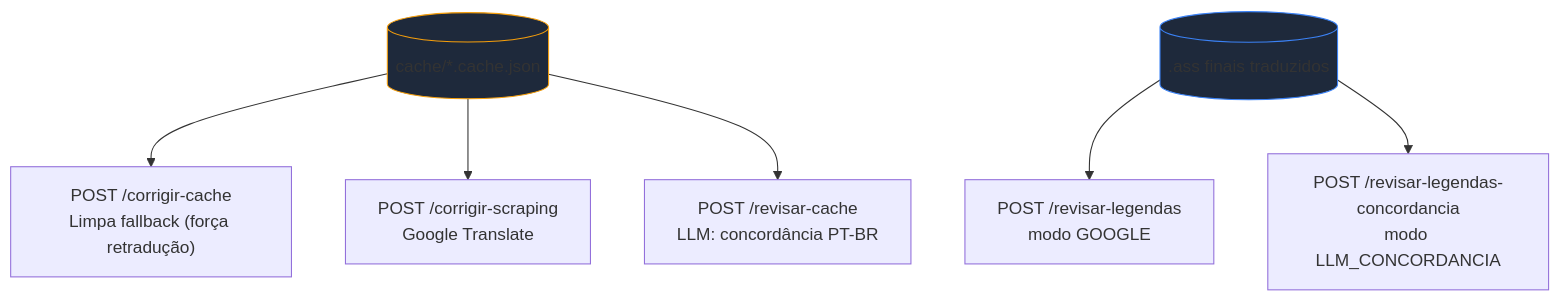
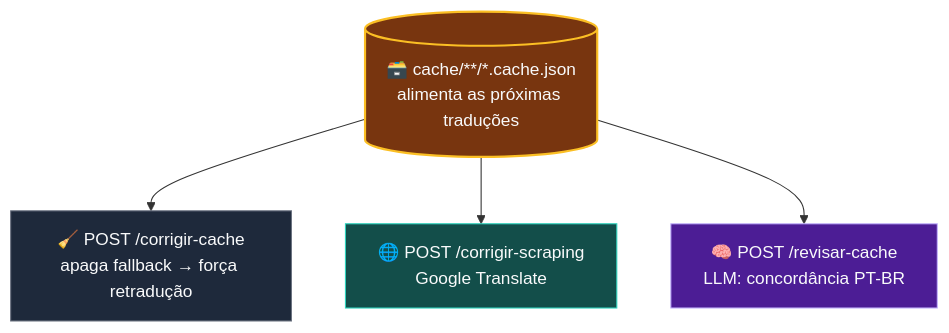
Before and after one commit to carmipa/traducao_animes_llm_local_quarkus-1: the first of 2 diagrams in docs/etapa-2.3-correcao-revisao.md, drawn with Mermaid. The commit also changed other lines of this file and 35 other files, not shown here.

````diff
--- a/docs/etapa-2.3-correcao-revisao.md
+++ b/docs/etapa-2.3-correcao-revisao.md
@@ -24,12 +28,16 @@
 ```mermaid
 graph TD
-    Cache[("cache/*.cache.json")] --> A["POST /corrigir-cache<br/>Limpa fallback (força retradução)"]
-    Cache --> B["POST /corrigir-scraping<br/>Google Translate"]
-    Cache --> C["POST /revisar-cache<br/>LLM: concordância PT-BR"]
+    Cache[("🗃️ cache/**/*.cache.json<br/>alimenta as próximas traduções")]
+    Cache --> A["🧹 POST /corrigir-cache<br/>apaga fallback → força retradução"]
+    Cache --> B["🌐 POST /corrigir-scraping<br/>Google Translate"]
+    Cache --> C["🧠 POST /revisar-cache<br/>LLM: concordância PT-BR"]
 
-    Ass[(".ass finais traduzidos")] --> D["POST /revisar-legendas<br/>modo GOOGLE"]
-    Ass --> E["POST /revisar-legendas-concordancia<br/>modo LLM_CONCORDANCIA"]
-
-    style Cache fill:#1e293b,stroke:#F59E0B
-    style Ass fill:#1e293b,stroke:#3B82F6
+    classDef fonte fill:#78350f,stroke:#FBBF24,color:#F9FAFB,stroke-width:2px
+    classDef limpa fill:#1e293b,stroke:#6B7280,color:#F9FAFB
+    classDef web fill:#134e4a,stroke:#2DD4BF,color:#F9FAFB
+    classDef llm fill:#4c1d95,stroke:#C4B5FD,color:#F9FAFB
+    class Cache fonte
+    class A limpa
+    class B web
+    class C llm
 ```
````
